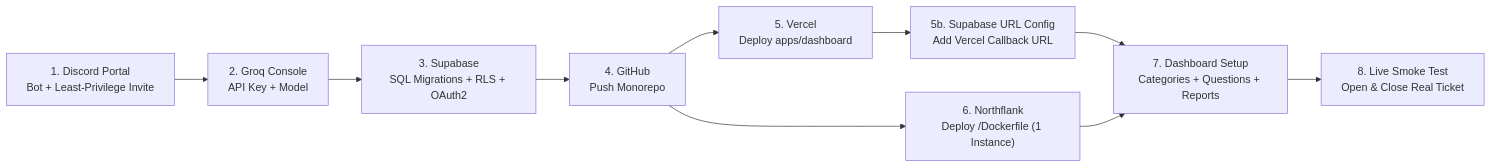
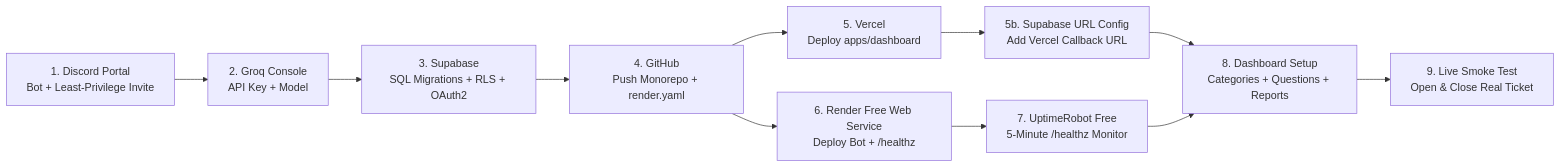
One commit to princebhayani/discord-ai-bot changed the diagram in docs/DEPLOYMENT_GUIDE.md. Above: the diagram before and after it, drawn with Mermaid. The commit also changed other lines of this file and 19 other files, not shown here.

Commit message:
feat: add built-in HTTP health server and migrate deployment from Northflank to Render

````diff
--- a/docs/DEPLOYMENT_GUIDE.md
+++ b/docs/DEPLOYMENT_GUIDE.md
@@ -9,12 +9,13 @@
 ```mermaid
 flowchart LR
     D["1. Discord Portal\nBot + Least-Privilege Invite"] --> G["2. Groq Console\nAPI Key + Model"]
     G --> S["3. Supabase\nSQL Migrations + RLS + OAuth2"]
-    S --> GH["4. GitHub\nPush Monorepo"]
+    S --> GH["4. GitHub\nPush Monorepo + render.yaml"]
     GH --> V["5. Vercel\nDeploy apps/dashboard"]
     V --> S2["5b. Supabase URL Config\nAdd Vercel Callback URL"]
-    GH --> NF["6. Northflank\nDeploy /Dockerfile (1 Instance)"]
-    S2 --> CFG["7. Dashboard Setup\nCategories + Questions + Reports"]
-    NF --> CFG
-    CFG --> TEST["8. Live Smoke Test\nOpen & Close Real Ticket"]
+    GH --> RF["6. Render Free Web Service\nDeploy Bot + /healthz"]
+    RF --> UR["7. UptimeRobot Free\n5-Minute /healthz Monitor"]
+    S2 --> CFG["8. Dashboard Setup\nCategories + Questions + Reports"]
+    UR --> CFG
+    CFG --> TEST["9. Live Smoke Test\nOpen & Close Real Ticket"]
 ```
````
